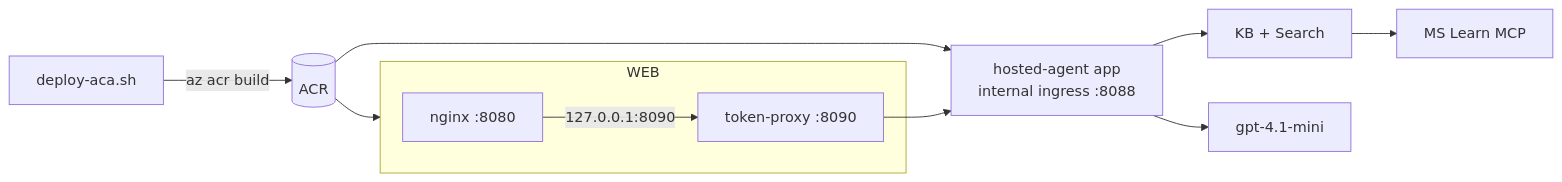
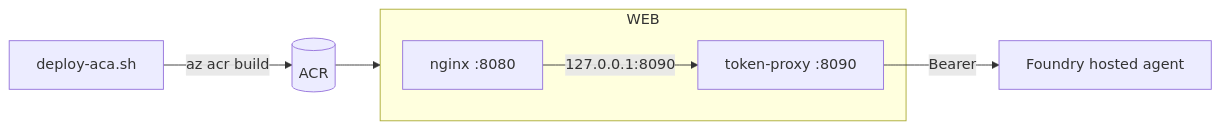
Before and after one commit to michaelsrichter/nasuni-azure-assistant: the fourth of 4 diagrams in docs/architecture.md, drawn with Mermaid. The commit also changed other lines of this file and 7 other files, not shown here.

First line of the commit message:
Re-architect: agent in Foundry Hosted Agent Service, ACA = frontend only

````diff
--- a/docs/architecture.md
+++ b/docs/architecture.md
@@ -116,15 +160,11 @@
 ```mermaid
 flowchart LR
     Dev[deploy-aca.sh] -->|az acr build| ACR[(ACR)]
-    ACR --> AG[hosted-agent app<br/>internal ingress :8088]
     ACR --> WEB[chatbot-web app]
     subgraph WEB
       NGX[nginx :8080]
       PRX[token-proxy :8090]
     end
     NGX -- 127.0.0.1:8090 --> PRX
-    PRX --> AG
-    AG --> KB[KB + Search]
-    AG --> LLM[gpt-4.1-mini]
-    KB --> MCP[MS Learn MCP]
+    PRX -- Bearer --> FA[Foundry hosted agent]
 ```
````
